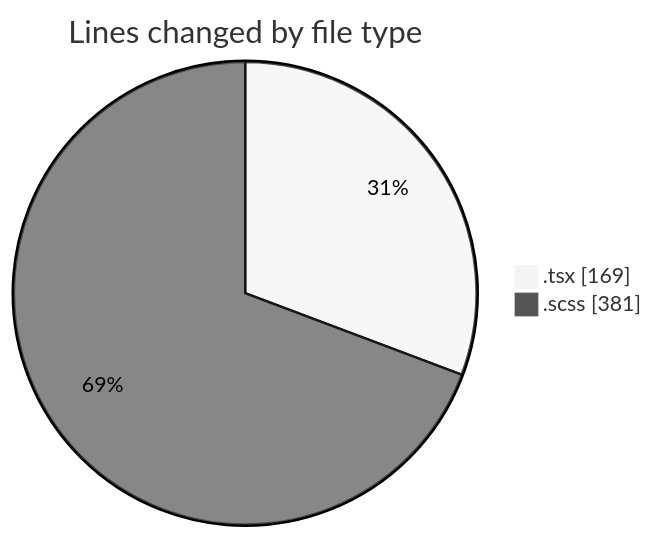
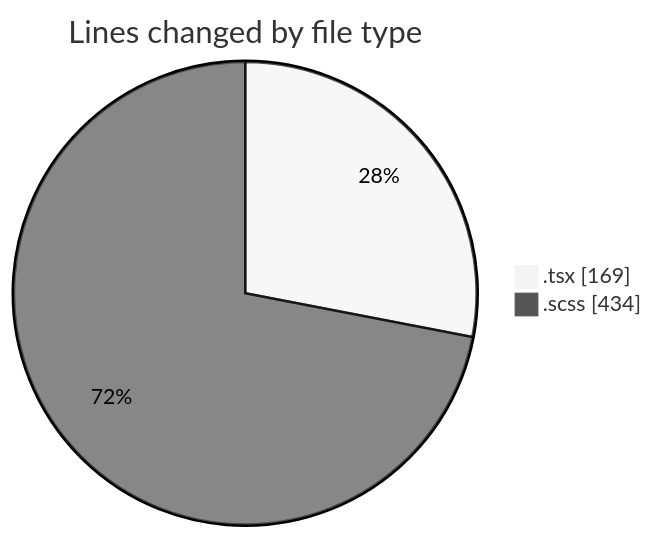
The first of 2 diagrams in 2025-09-19/cda/README.md (momahboobian/code-tracking), drawn with Mermaid (neutral theme) before and after one commit. The commit also changed other lines of this file and 1 other file, not shown here.

````diff
--- a/2025-09-19/cda/README.md
+++ b/2025-09-19/cda/README.md
@@ -21,6 +21,6 @@
 ```mermaid
 pie showData
 title Lines changed by file type
 ".tsx" : 169
-".scss" : 381
+".scss" : 434
 ```
````
